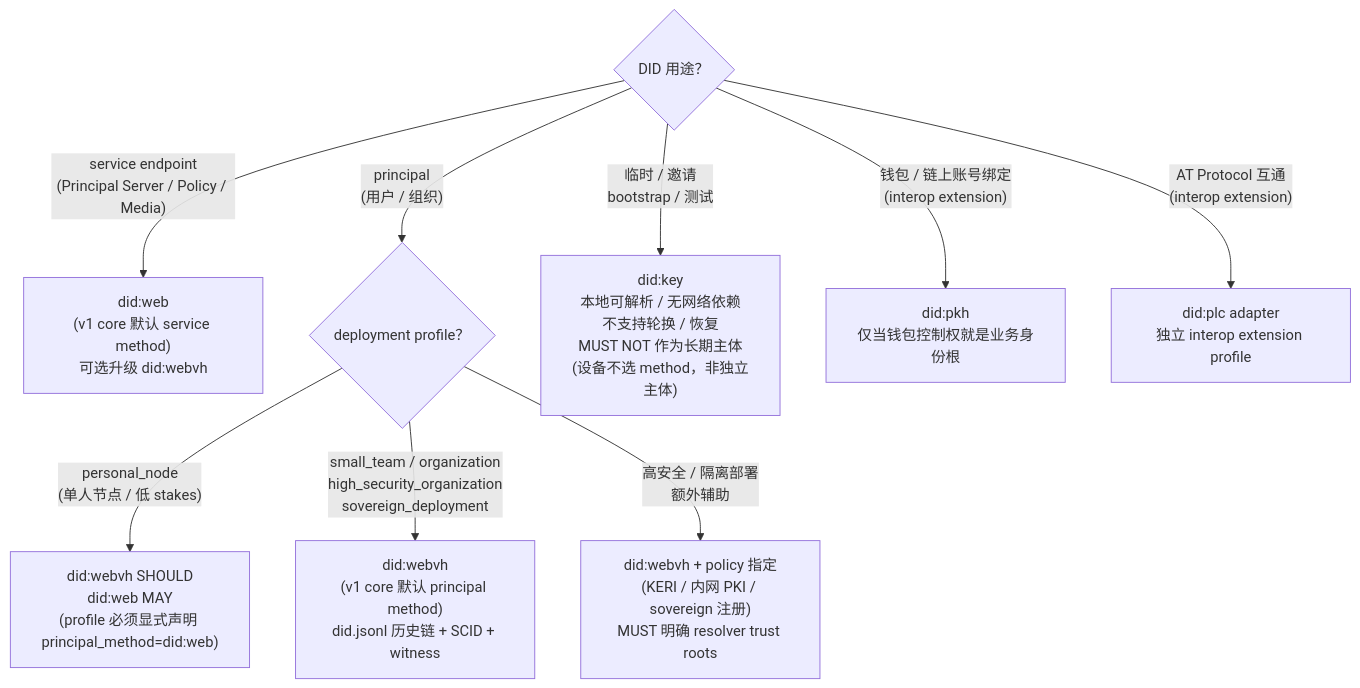
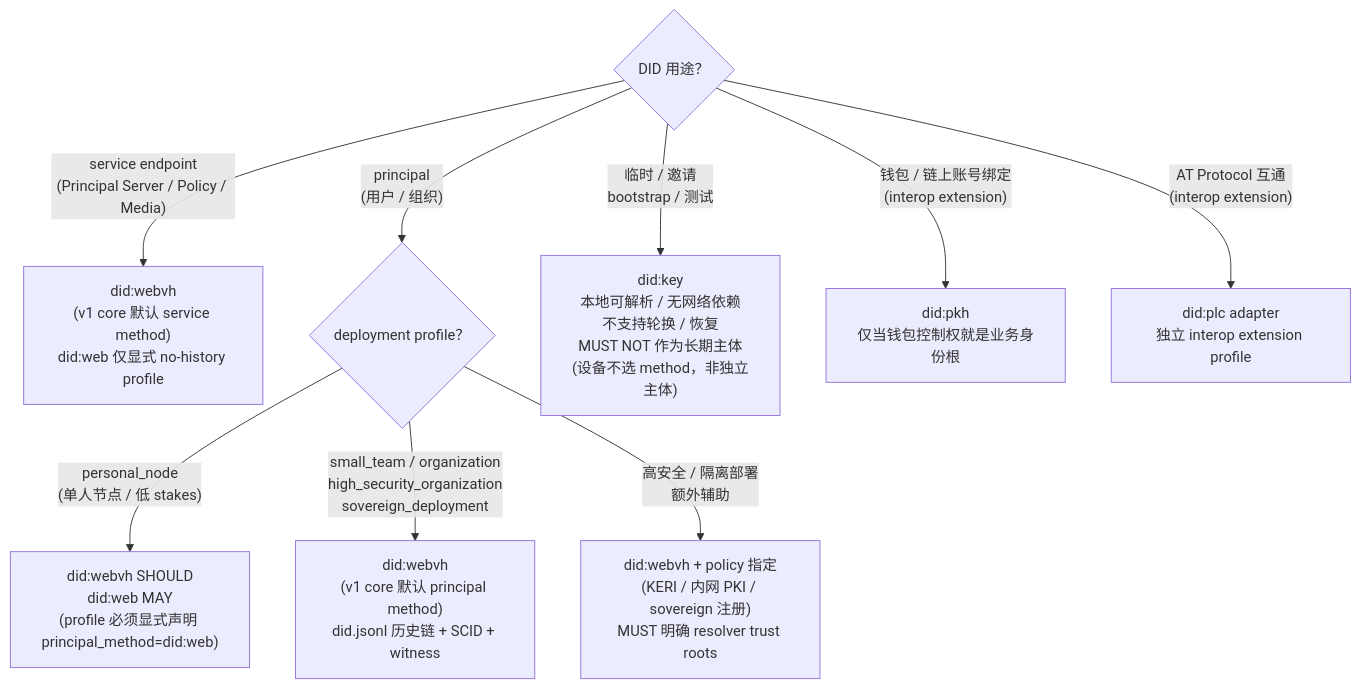
Before and after one commit to arkret-org/arkret-spec: the diagram in spec/v1/zh/identity/identity-did.md, drawn with Mermaid. The commit also changed other lines of this file and 6 other files, not shown here.

Commit message:
feat: Update descriptions and specifications for service acceptance references and DID methods

````diff
--- a/spec/v1/zh/identity/identity-did.md
+++ b/spec/v1/zh/identity/identity-did.md
@@ -107,20 +107,20 @@
 ```mermaid
 flowchart TB
     Q1{"DID 用途？"}
 
-    Q1 -- "service endpoint<br/>(Principal Server / Policy / Media)" --> SVC["did:web<br/>(v1 core 默认 service method)<br/>可选升级 did:webvh"]
+    Q1 -- "service endpoint<br/>(Principal Server / Policy / Media)" --> SVC["did:webvh<br/>(v1 core 默认 service method)<br/>did:web 仅显式 no-history profile"]
 
     Q1 -- "principal<br/>(用户 / 组织)" --> Q2{"deployment profile？"}
 
     Q1 -- "临时 / 邀请<br/>bootstrap / 测试" --> KEY["did:key<br/>本地可解析 / 无网络依赖<br/>不支持轮换 / 恢复<br/>MUST NOT 作为长期主体<br/>(设备不选 method，非独立主体)"]
 
     Q1 -- "钱包 / 链上账号绑定<br/>(interop extension)" --> PKH["did:pkh<br/>仅当钱包控制权就是业务身份根"]
 
     Q1 -- "AT Protocol 互通<br/>(interop extension)" --> PLC["did:plc adapter<br/>独立 interop extension profile"]
 
     Q2 -- "personal_node<br/>(单人节点 / 低 stakes)" --> PN["did:webvh SHOULD<br/>did:web MAY<br/>(profile 必须显式声明 principal_method=did:web)"]
 
     Q2 -- "small_team / organization<br/>high_security_organization<br/>sovereign_deployment" --> ORG["did:webvh<br/>(v1 core 默认 principal method)<br/>did.jsonl 历史链 + SCID + witness"]
 
     Q2 -- "高安全 / 隔离部署<br/>额外辅助" --> EXTRA["did:webvh + policy 指定<br/>(KERI / 内网 PKI / sovereign 注册)<br/>MUST 明确 resolver trust roots"]
 ```
````
